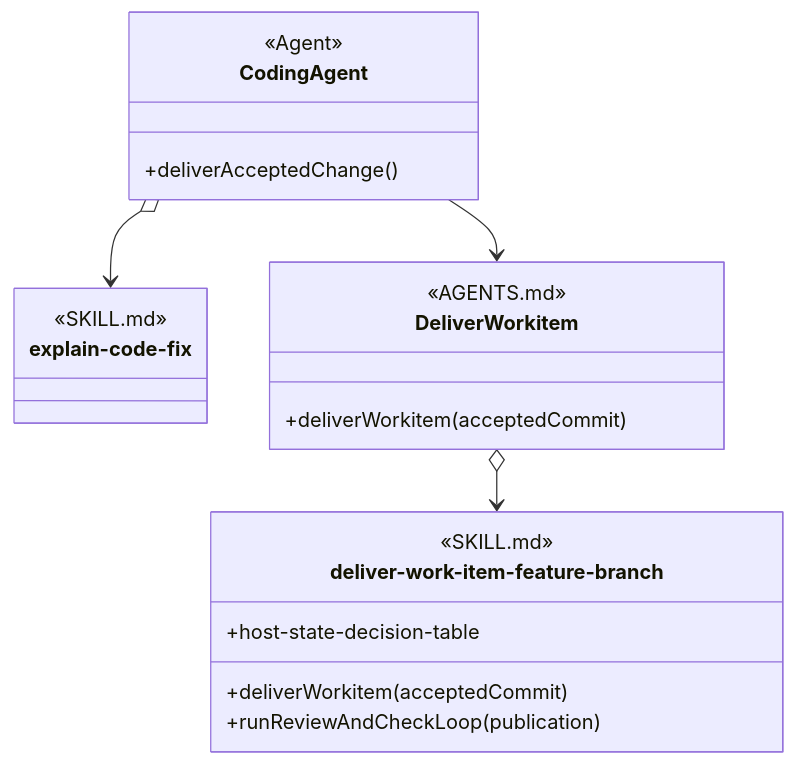
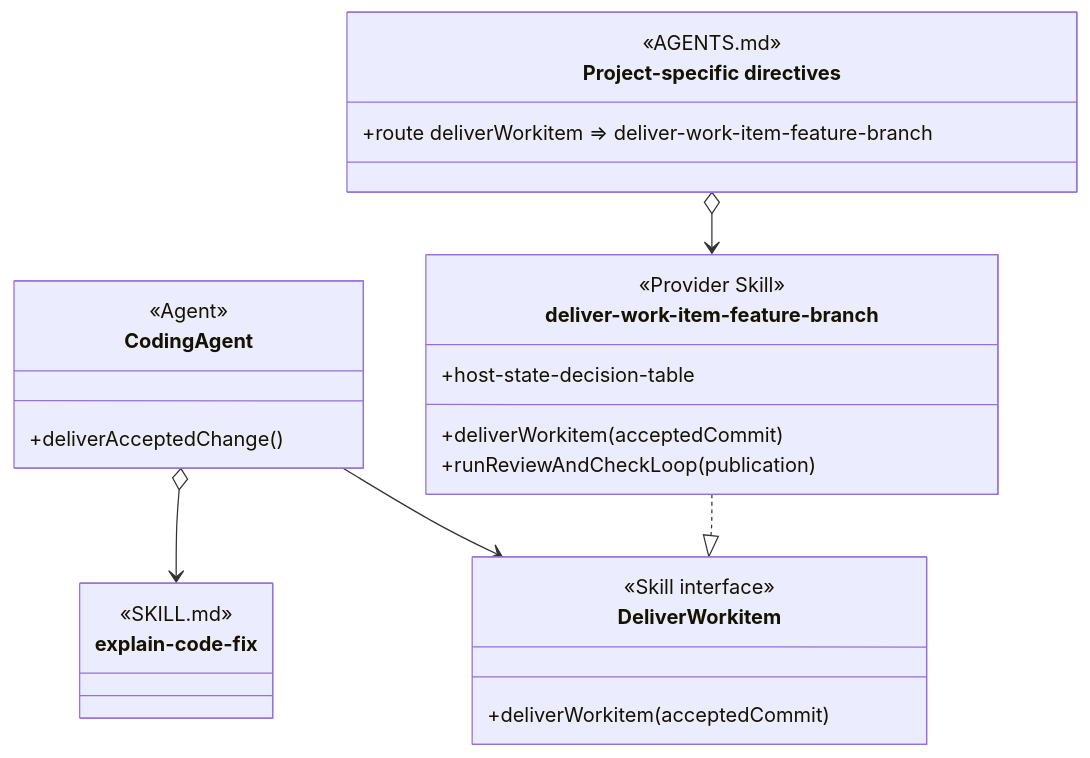
Before and after one commit to martinbechard/dev-methodology: diagram 15 of 16 in design/object-oriented-agent-and-skill-model.md, drawn with Mermaid. The commit also changed other lines of this file and 8 other files, not shown here.

````diff
--- a/design/object-oriented-agent-and-skill-model.md
+++ b/design/object-oriented-agent-and-skill-model.md
@@ -690,31 +711,37 @@
 ```mermaid
 classDiagram
     direction TB
 
     class CodingAgent {
         <<Agent>>
         +deliverAcceptedChange()
     }
 
     class explain-code-fix {
         <<SKILL.md>>
         <<Agent Skill>>
     }
 
     class DeliverWorkitem {
-        <<AGENTS.md>>
+        <<Skill interface>>
         +deliverWorkitem(acceptedCommit)
     }
 
+    class project-specific-directives["Project-specific directives"] {
+        <<AGENTS.md>>
+        <<routing>>
+        +route deliverWorkitem => deliver-work-item-feature-branch
+    }
+
     class deliver-work-item-feature-branch {
-        <<SKILL.md>>
-        <<Injectable Skill>>
+        <<Provider Skill>>
         +deliverWorkitem(acceptedCommit)
         +runReviewAndCheckLoop(publication)
         +host-state-decision-table
     }
 
     CodingAgent o--> explain-code-fix
     CodingAgent --> DeliverWorkitem
-    DeliverWorkitem o--> deliver-work-item-feature-branch
+    project-specific-directives o--> deliver-work-item-feature-branch
+    deliver-work-item-feature-branch ..|> DeliverWorkitem
 ```
````
